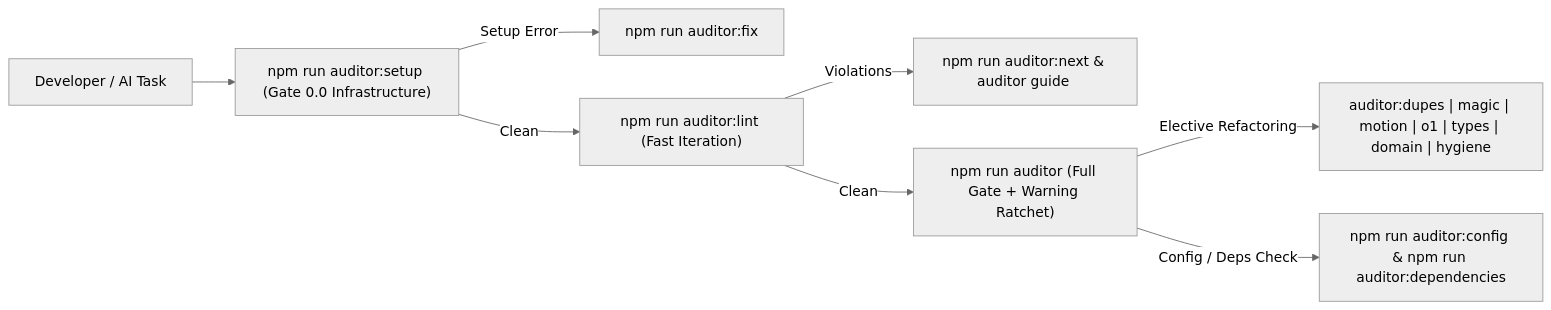
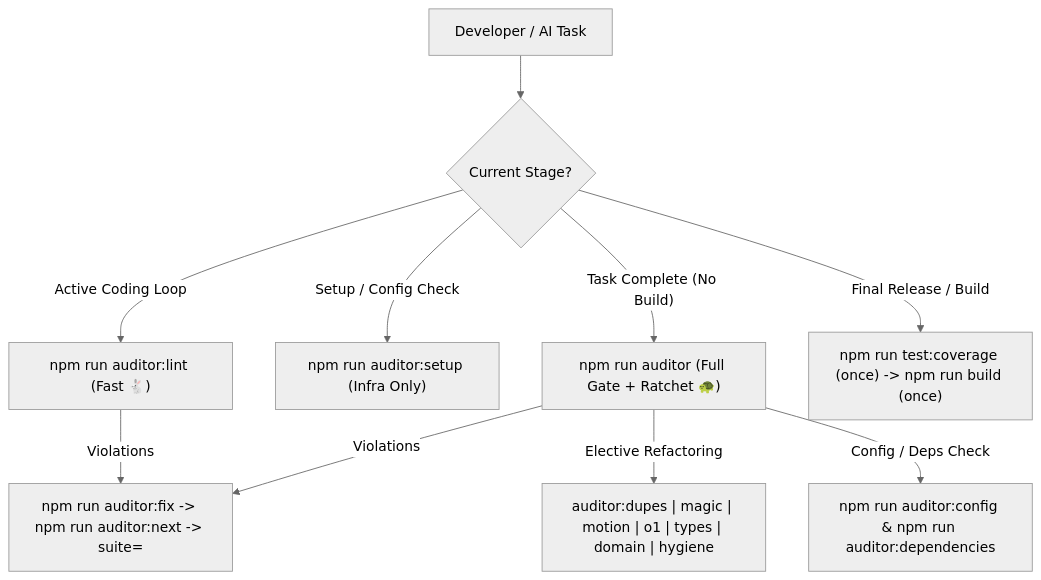
The second of 2 diagrams in .agents/skills/auditor/references/provided-libraries-and-tools-guide.md (francogp/auditor), drawn with Mermaid (neutral theme) before and after one commit. The commit also changed other lines of this file and 101 other files, not shown here.

First line of the commit message:
fix: modernize owned agent skills, DOX hierarchy, and CLI execution flows (v10.12.5)

````diff
--- a/.agents/skills/auditor/references/provided-libraries-and-tools-guide.md
+++ b/.agents/skills/auditor/references/provided-libraries-and-tools-guide.md
@@ -344,10 +346,13 @@
 ```mermaid
-flowchart LR
-    START["Developer / AI Task"] --> GATE0["npm run auditor:setup (Gate 0.0 Infrastructure)"]
-    GATE0 -->|"Setup Error"| FIX["npm run auditor:fix"]
-    GATE0 -->|"Clean"| LINT["npm run auditor:lint (Fast Iteration)"]
-    LINT -->|"Violations"| NEXT["npm run auditor:next & auditor guide <ruleId>"]
-    LINT -->|"Clean"| FULL["npm run auditor (Full Gate + Warning Ratchet)"]
-    FULL -->|"Elective Refactoring"| DIRAC["auditor:dupes | magic | motion | o1 | types | domain | hygiene"]
-    FULL -->|"Config / Deps Check"| ADV["npm run auditor:config & npm run auditor:dependencies"]
+flowchart TD
+    START["Developer / AI Task"] --> STAGE{"Current Stage?"}
+    STAGE -->|"Active Coding Loop"| LINT["npm run auditor:lint (Fast 🐇)"]
+    STAGE -->|"Setup / Config Check"| GATE0["npm run auditor:setup (Infra Only)"]
+    STAGE -->|"Task Complete (No Build)"| AUDIT["npm run auditor (Full Gate + Ratchet 🐢)"]
+    STAGE -->|"Final Release / Build"| BUILD["npm run test:coverage (once) -> npm run build (once)"]
+
+    LINT -->|"Violations"| TRIAGE["npm run auditor:fix -> npm run auditor:next -> suite=<id>"]
+    AUDIT -->|"Violations"| TRIAGE
+    AUDIT -->|"Elective Refactoring"| DIRAC["auditor:dupes | magic | motion | o1 | types | domain | hygiene"]
+    AUDIT -->|"Config / Deps Check"| ADV["npm run auditor:config & npm run auditor:dependencies"]
 ```
````
